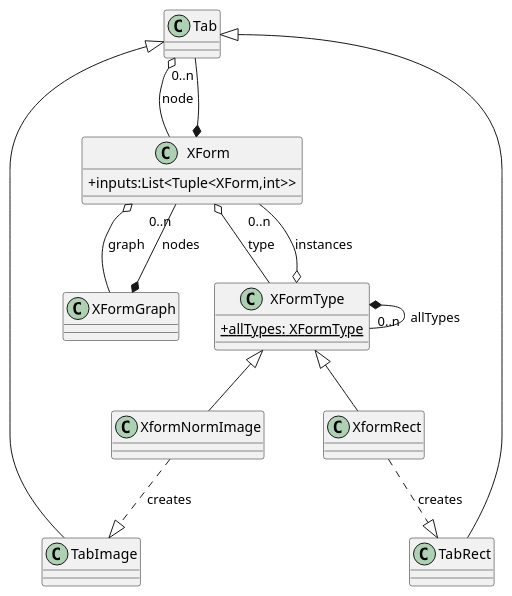
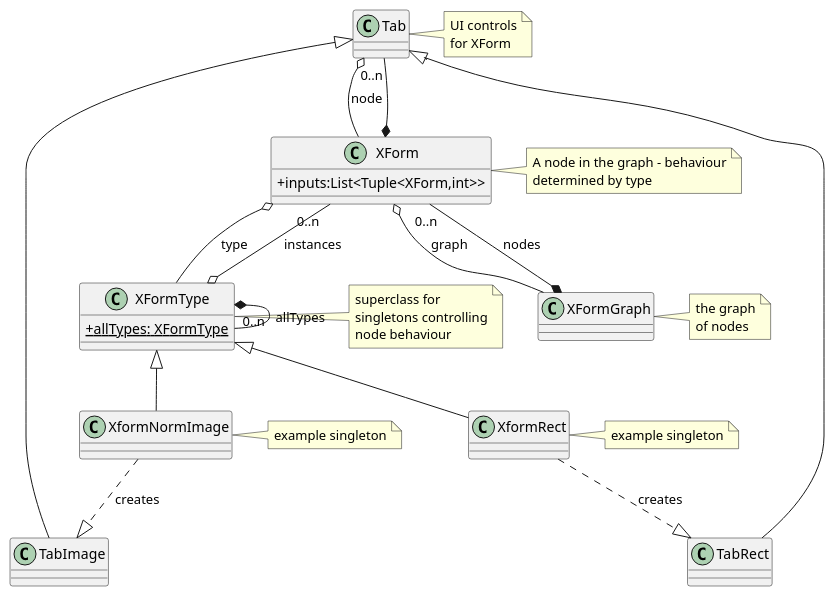
Before and after one commit to AU-ExoMars/PCOT: the diagram in docs/xform.plantuml, drawn with PlantUML. The commit also changed 7 other files, not shown here.

```diff
--- a/docs/xform.plantuml
+++ b/docs/xform.plantuml
@@ -1,36 +1,61 @@
 @startuml
 skinparam classAttributeIconSize 0
 
 class XForm {
     +inputs:List<Tuple<XForm,int>>
 }
+note right of XForm
+A node in the graph - behaviour
+determined by type
+end note
 
 class XFormType {
     +{static} allTypes: XFormType
 }
+note right of XFormType
+superclass for
+singletons controlling
+node behaviour
+end note
 
 XFormType *-- "0..n" XFormType : allTypes
 
 XFormGraph *-- "0..n" XForm : nodes
 
 XFormType o-- "0..n" XForm : instances
 
 XForm o-- XFormType : type 
 XForm o-- XFormGraph : graph
 
+note right of XFormGraph
+the graph
+of nodes
+end note
+
 XformNormImage -up-|> XFormType
 XformRect -up-|> XFormType
+
+note right of XformNormImage
+example singleton
+end note
+note right of XformRect
+example singleton
+end note
 
 XformRect ..|> TabRect: creates
 XformNormImage ..|> TabImage: creates
 
 TabImage -up-|> Tab
 TabRect -up-|> Tab
 
 
 Tab o-- XForm:node
+note right of Tab
+UI controls
+for XForm
+end note
 
 XForm *-- "0..n" Tab
 
 
 @enduml
```
